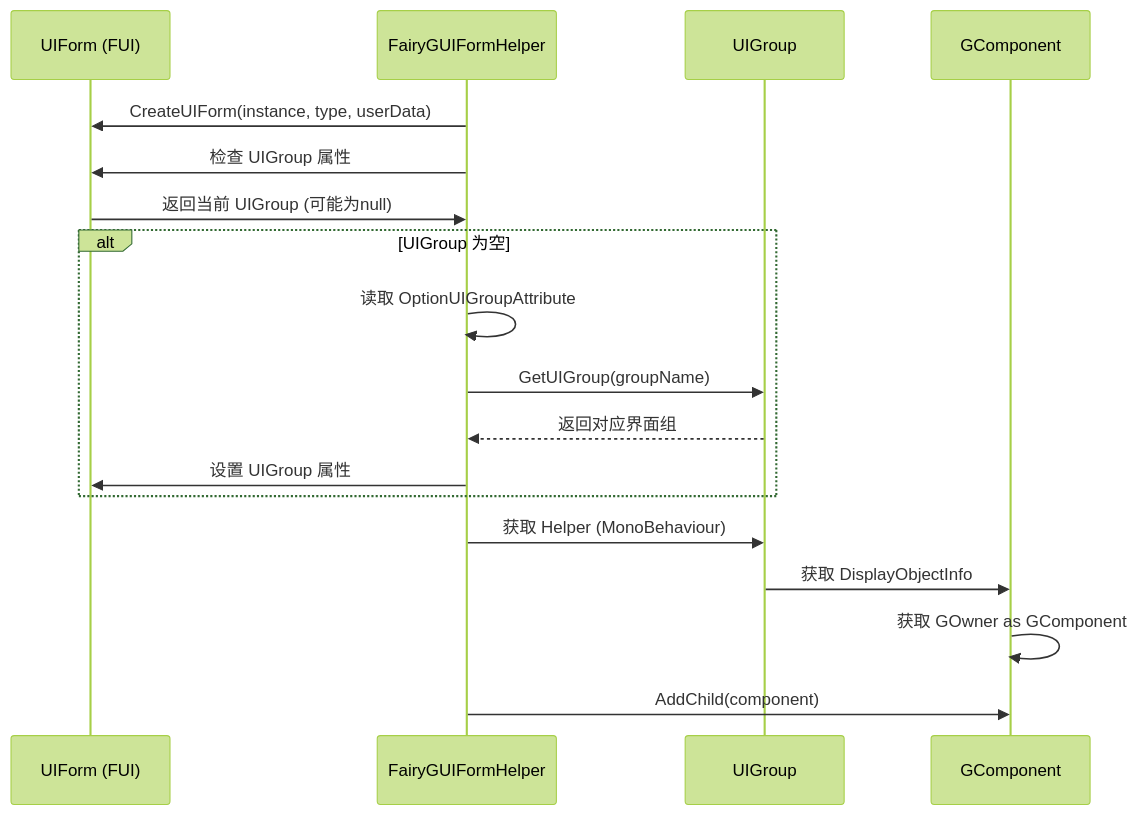
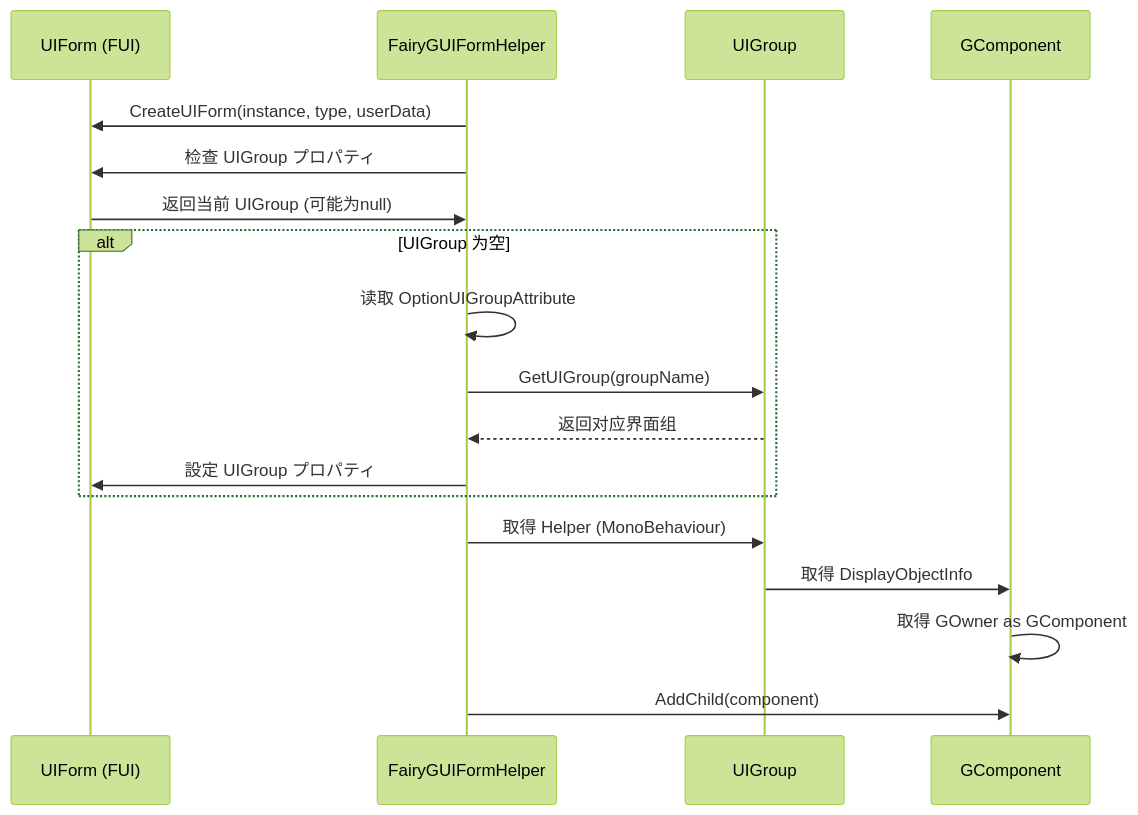
The third of 3 diagrams in docs/ja/client/unity/component/ui-fairygui/13.ui-group-config.md (AlianBlank/GameFrameX.Docs), drawn with Mermaid (forest theme) before and after one commit. The commit also changed other lines of this file and 603 other files, not shown here.

````diff
--- a/docs/ja/client/unity/component/ui-fairygui/13.ui-group-config.md
+++ b/docs/ja/client/unity/component/ui-fairygui/13.ui-group-config.md
@@ -77,23 +77,23 @@
 ```mermaid
 sequenceDiagram
     participant UF as UIForm (FUI)
     participant FH as FairyGUIFormHelper
     participant UG as UIGroup
     participant GC as GComponent
 
     FH->>UF: CreateUIForm(instance, type, userData)
-    FH->>UF: 检查 UIGroup 属性
+    FH->>UF: 检查 UIGroup プロパティ
     UF->>FH: 返回当前 UIGroup (可能为null)
     
     alt UIGroup 为空
         FH->>FH: 读取 OptionUIGroupAttribute
         FH->>UG: GetUIGroup(groupName)
         UG-->>FH: 返回对应界面组
-        FH->>UF: 设置 UIGroup 属性
+        FH->>UF: 設定 UIGroup プロパティ
     end
     
-    FH->>UG: 获取 Helper (MonoBehaviour)
-    UG->>GC: 获取 DisplayObjectInfo
-    GC->>GC: 获取 GOwner as GComponent
+    FH->>UG: 取得 Helper (MonoBehaviour)
+    UG->>GC: 取得 DisplayObjectInfo
+    GC->>GC: 取得 GOwner as GComponent
     FH->>GC: AddChild(component)
 ```
````
